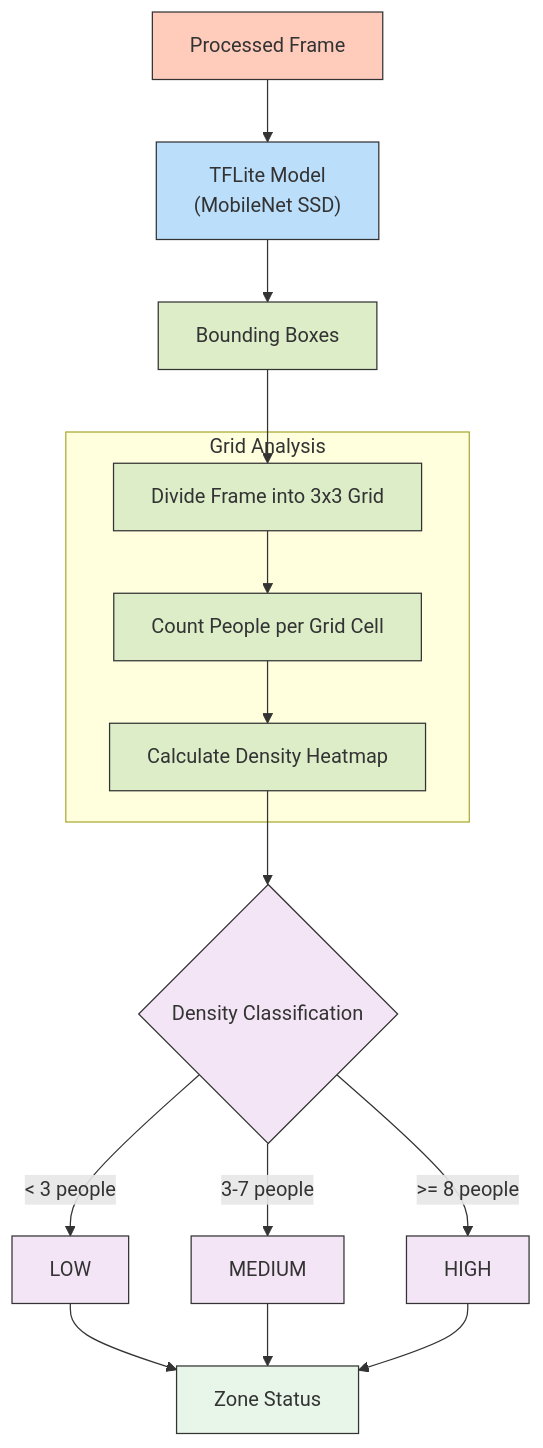
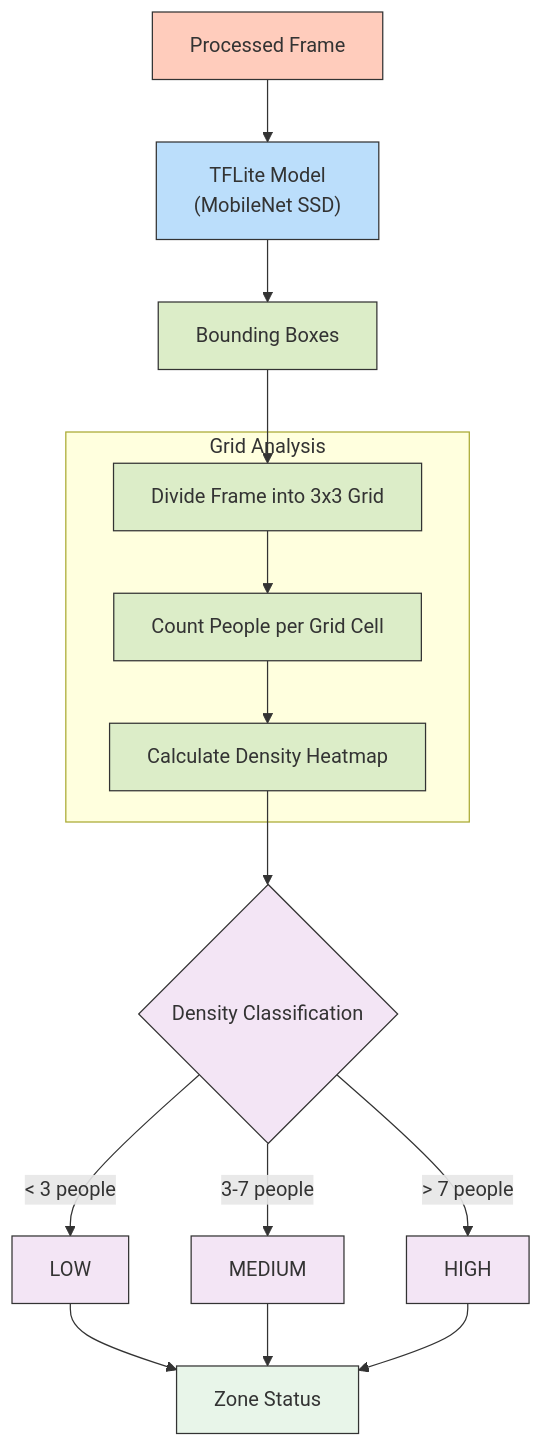
The third of 8 diagrams in document/7_crowd_detection.md (Luisnguyen1/SenEdge), drawn with Mermaid before and after one commit.

````diff
--- a/document/7_crowd_detection.md
+++ b/document/7_crowd_detection.md
@@ -84,35 +84,35 @@
 ```mermaid
 flowchart TB
     A["Processed Frame"] --> B["TFLite Model\n(MobileNet SSD)"]
     B --> C["Bounding Boxes"]
     
     subgraph "Grid Analysis"
         D1["Divide Frame into 3x3 Grid"]
         D2["Count People per Grid Cell"]
         D3["Calculate Density Heatmap"]
     end
     
     C --> D1
     D1 --> D2
     D2 --> D3
     
     D3 --> E{"Density Classification"}
     E -->|"< 3 people"| F["LOW"]
     E -->|"3-7 people"| G["MEDIUM"]
-    E -->|">= 8 people"| H["HIGH"]
+    E -->|"> 7 people"| H["HIGH"]
     
     F & G & H --> I["Zone Status"]
     
     classDef input fill:#ffccbc,stroke:#333,stroke-width:1px
     classDef model fill:#bbdefb,stroke:#333,stroke-width:1px
     classDef grid fill:#dcedc8,stroke:#333,stroke-width:1px
     classDef densityClass fill:#f3e5f5,stroke:#333,stroke-width:1px
     classDef output fill:#e8f5e9,stroke:#333,stroke-width:1px
     
     class A input
     class B model
     class C,D1,D2,D3 grid
     class E,F,G,H densityClass
     class I output
 
 ```
````
